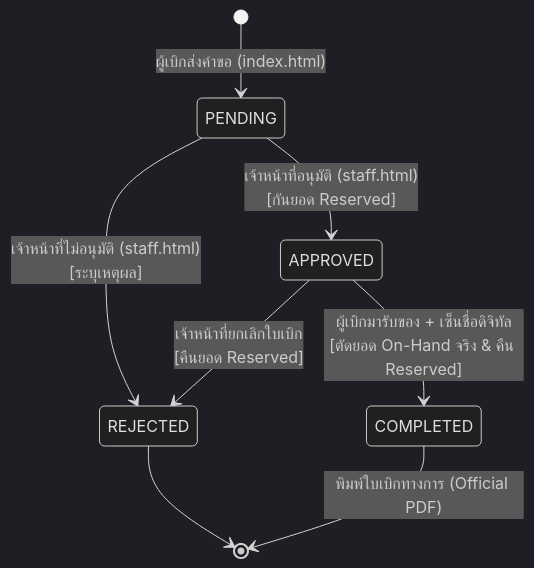
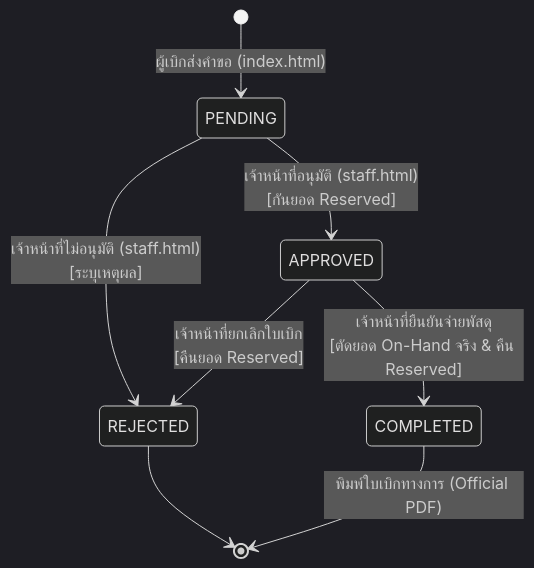
The third of 3 diagrams in PROJECT_CONTEXT.md (itsmekritsanai/stock-order-sdu), drawn with Mermaid (dark theme) before and after one commit. The commit also changed other lines of this file and 42 other files, not shown here.

````diff
--- a/PROJECT_CONTEXT.md
+++ b/PROJECT_CONTEXT.md
@@ -117,10 +117,10 @@
 ```mermaid
 stateDiagram-v2
     [*] --> PENDING: ผู้เบิกส่งคำขอ (index.html)
     PENDING --> APPROVED: เจ้าหน้าที่อนุมัติ (staff.html)<br/>[กันยอด Reserved]
     PENDING --> REJECTED: เจ้าหน้าที่ไม่อนุมัติ (staff.html)<br/>[ระบุเหตุผล]
-    APPROVED --> COMPLETED: ผู้เบิกมารับของ + เซ็นชื่อดิจิทัล<br/>[ตัดยอด On-Hand จริง & คืน Reserved]
+    APPROVED --> COMPLETED: เจ้าหน้าที่ยืนยันจ่ายพัสดุ<br/>[ตัดยอด On-Hand จริง & คืน Reserved]
     APPROVED --> REJECTED: เจ้าหน้าที่ยกเลิกใบเบิก<br/>[คืนยอด Reserved]
     REJECTED --> [*]
     COMPLETED --> [*]: พิมพ์ใบเบิกทางการ (Official PDF)
 ```
````
